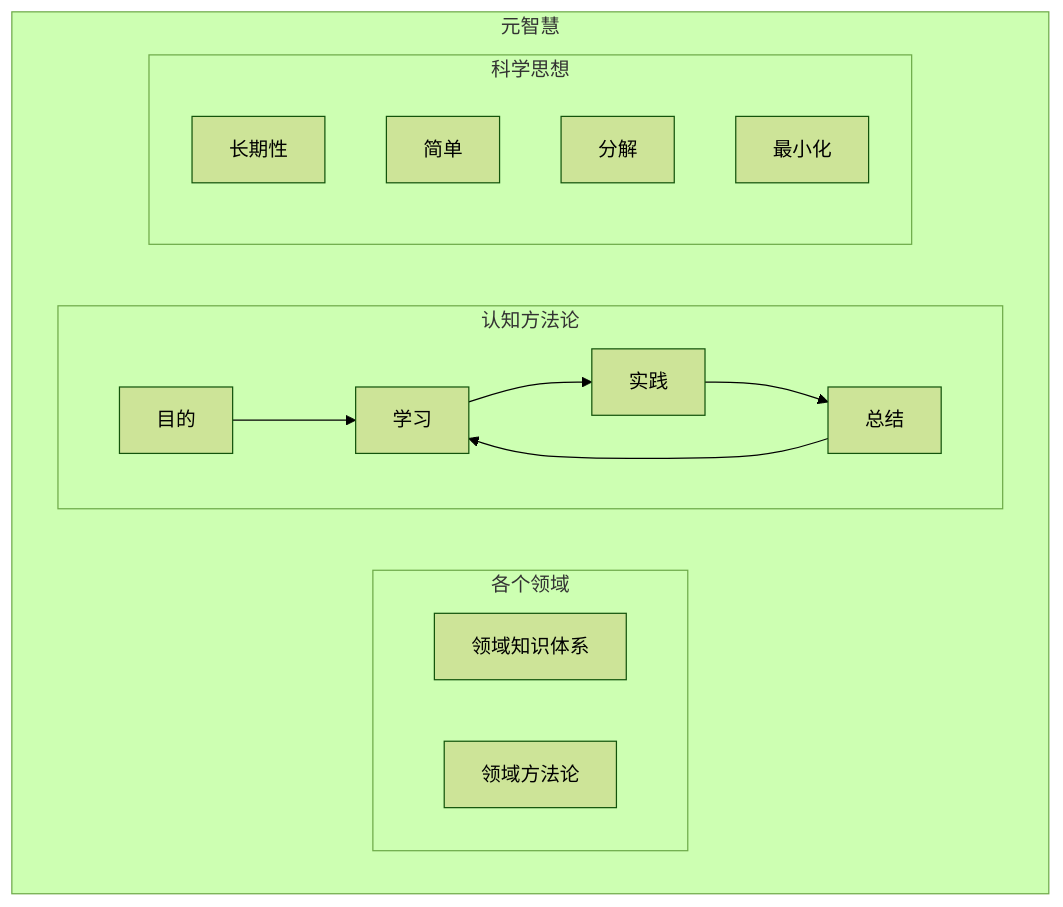
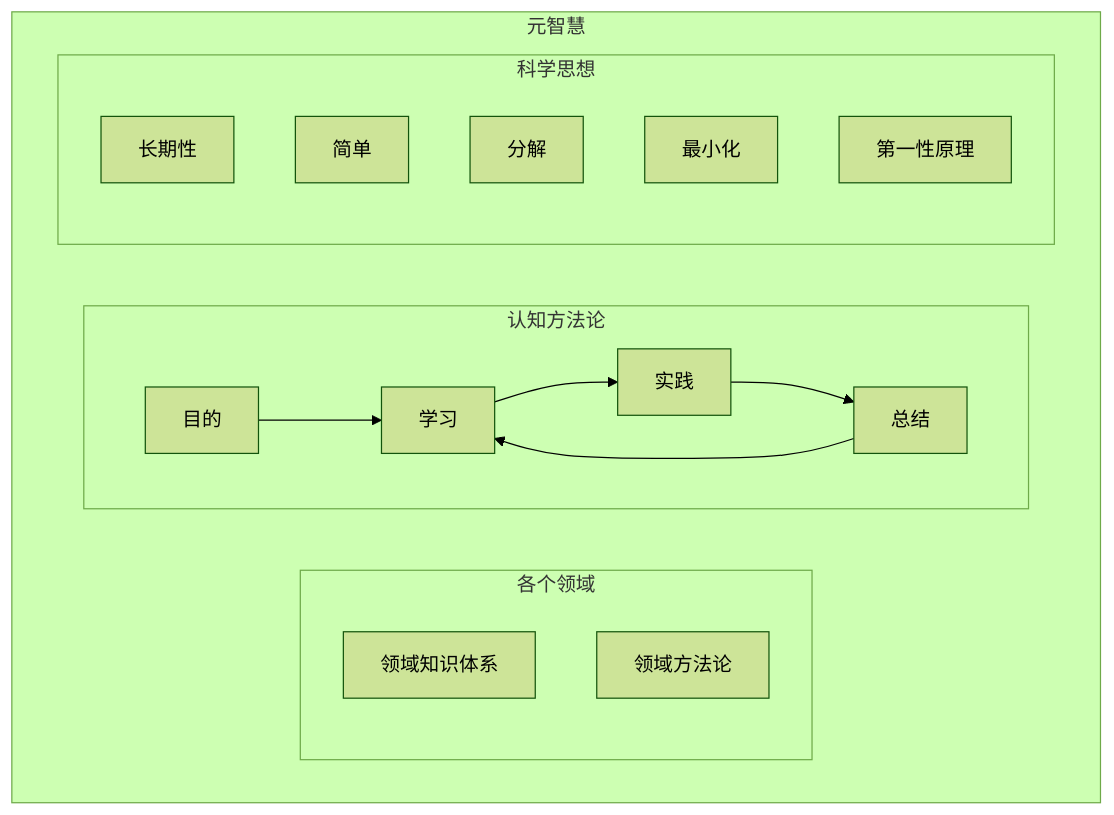
The diagram in 系列/元智慧/0 元智慧大纲.md (xiewendan/game-dev-doc), drawn with Mermaid (forest theme) before and after one commit. The commit also changed 2 other files, not shown here.

Commit message:
# 更新元智慧系列

````diff
--- a/系列/元智慧/0 元智慧大纲.md
+++ b/系列/元智慧/0 元智慧大纲.md
@@ -4,25 +4,25 @@
   ```mermaid
   flowchart LR;
 
   subgraph 元智慧
     direction LR
     subgraph 各个领域
-      direction LR
       领域知识体系
       领域方法论
     end
     
     subgraph 认知方法论
       direction LR
       目的-->学习-->实践-->总结-->学习
     end
 
     subgraph 科学思想
       长期性
       简单
       分解
       最小化
+      第一性原理
     end
 
   end
   ```
````
